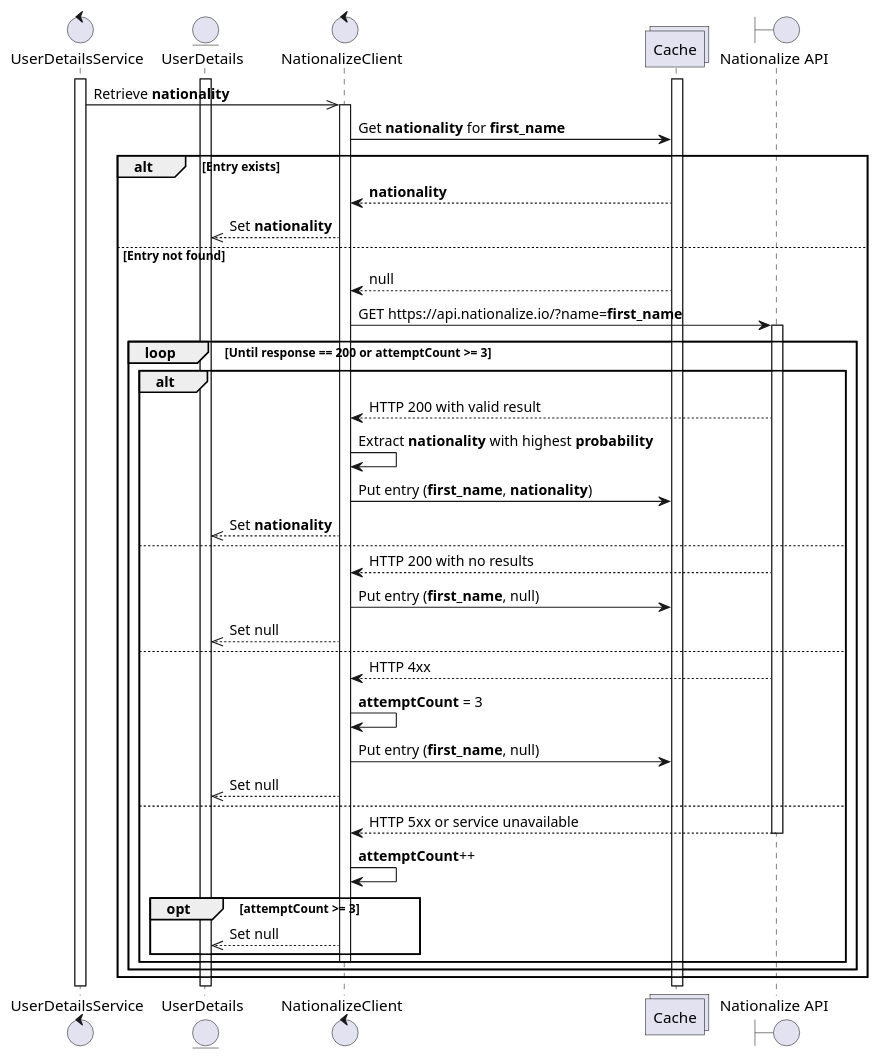
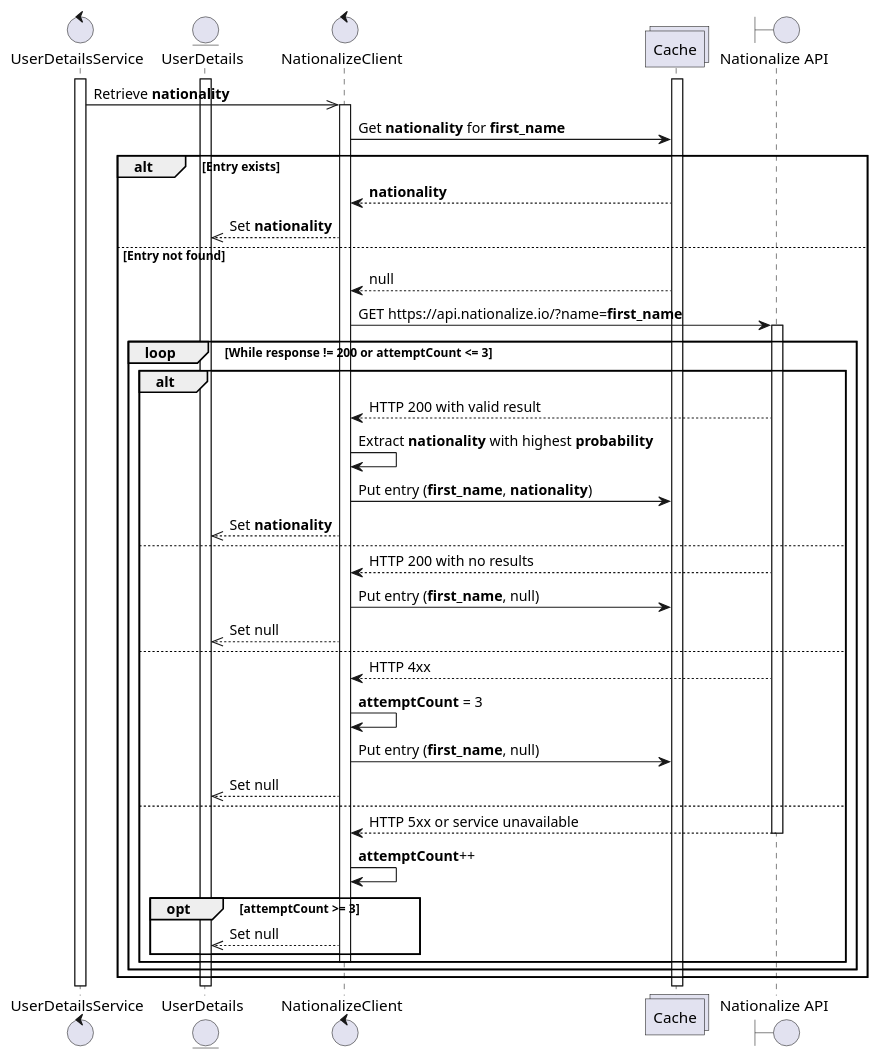
The diagram in uml/client-implementation.puml (Ceglee/integration_test), drawn with PlantUML before and after one commit. The commit also changed 2 other files, not shown here.

```diff
--- a/uml/client-implementation.puml
+++ b/uml/client-implementation.puml
@@ -1,64 +1,64 @@
 @startuml
 control UserDetailsService as service
 entity UserDetails as userDetails
 control NationalizeClient as client
 collections Cache as cache
 boundary "Nationalize API" as api
 
 activate service
 activate userDetails
 activate cache
 
 service ->> client: Retrieve **nationality**
 
 activate client
 client -> cache: Get **nationality** for **first_name**
 
 alt Entry exists
     cache --> client: **nationality**
     client -->> userDetails: Set **nationality**
 
 else Entry not found
     cache --> client: null
 
     client -> api: GET https://api.nationalize.io/?name=**first_name**
     activate api
 
-    loop Until response == 200 or attemptCount >= 3
+    loop While response != 200 or attemptCount <= 3
         alt
             api --> client: HTTP 200 with valid result
             client -> client: Extract **nationality** with highest **probability**
             client -> cache: Put entry (**first_name**, **nationality**)
             client -->> userDetails: Set **nationality**
 
         else
             api --> client: HTTP 200 with no results
             client -> cache: Put entry (**first_name**, null)
             client -->> userDetails: Set null
 
         else
             api --> client: HTTP 4xx
             client -> client: **attemptCount** = 3
             client -> cache: Put entry (**first_name**, null)
             client -->> userDetails: Set null
 
         else
             api --> client: HTTP 5xx or service unavailable
             deactivate api
             client -> client: **attemptCount**++
             opt attemptCount >= 3
                 client -->> userDetails: Set null
             end
             deactivate client
         end
     end
 
     deactivate client
 end
 
 
 
 
 
 
 @enduml
```
